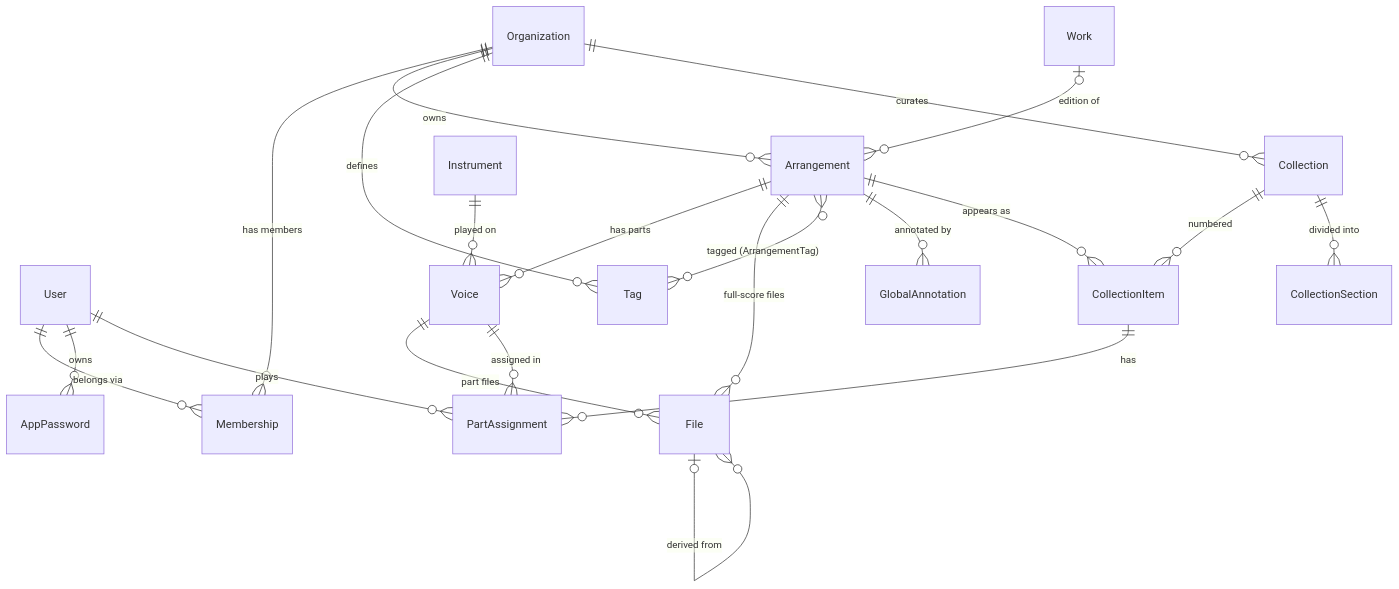
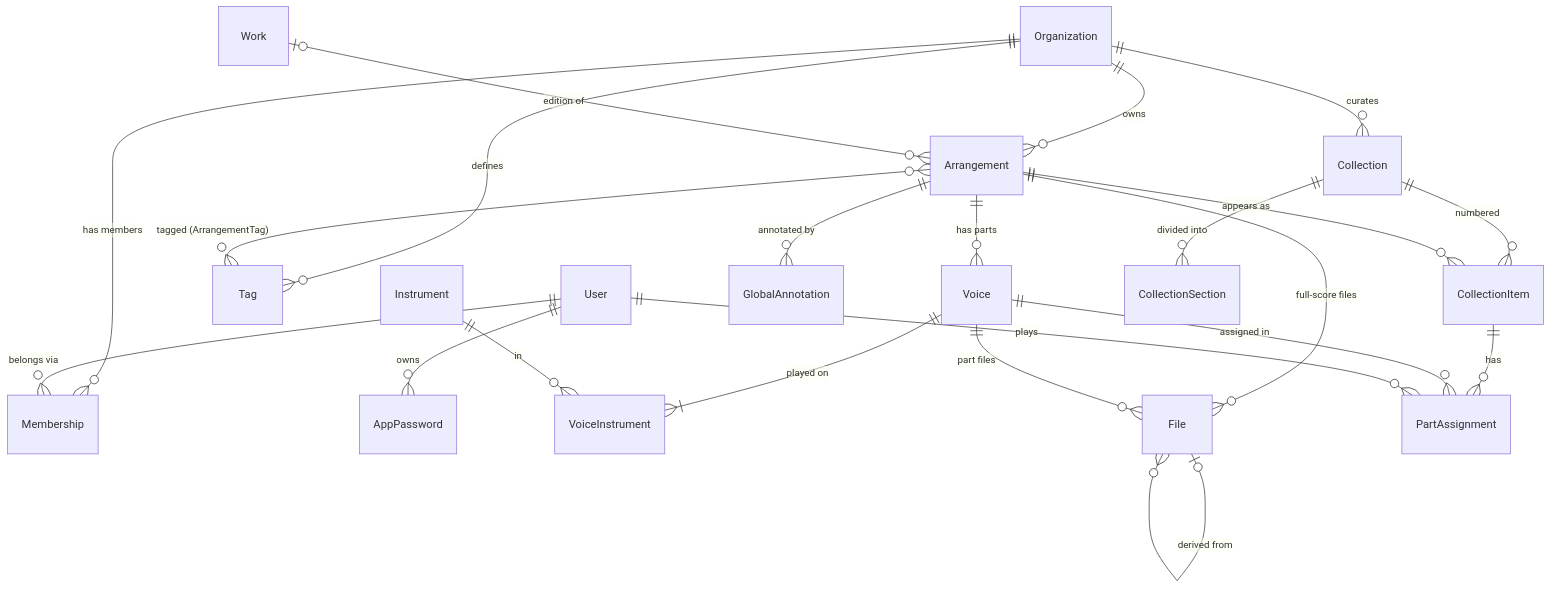
One commit to pekavau/Lied changed the fourth of 4 diagrams in docs/design.md. Above: the diagram before and after it, drawn with Mermaid. The commit also changed other lines of this file and 42 other files, not shown here.

````diff
--- a/docs/design.md
+++ b/docs/design.md
@@ -760,23 +760,24 @@
 ```mermaid
 erDiagram
     Organization ||--o{ Membership : "has members"
     User ||--o{ Membership : "belongs via"
     User ||--o{ AppPassword : owns
     Organization ||--o{ Arrangement : owns
     Organization ||--o{ Tag : defines
     Organization ||--o{ Collection : curates
     Work |o--o{ Arrangement : "edition of"
     Arrangement ||--o{ Voice : "has parts"
-    Instrument ||--o{ Voice : "played on"
+    Voice ||--|{ VoiceInstrument : "played on"
+    Instrument ||--o{ VoiceInstrument : "in"
     Arrangement ||--o{ File : "full-score files"
     Voice ||--o{ File : "part files"
     File |o--o{ File : "derived from"
     Arrangement }o--o{ Tag : "tagged (ArrangementTag)"
     Arrangement ||--o{ GlobalAnnotation : "annotated by"
     Collection ||--o{ CollectionItem : "numbered"
     Collection ||--o{ CollectionSection : "divided into"
     Arrangement ||--o{ CollectionItem : "appears as"
     CollectionItem ||--o{ PartAssignment : "has"
     Voice ||--o{ PartAssignment : "assigned in"
     User ||--o{ PartAssignment : "plays"
 ```
````
